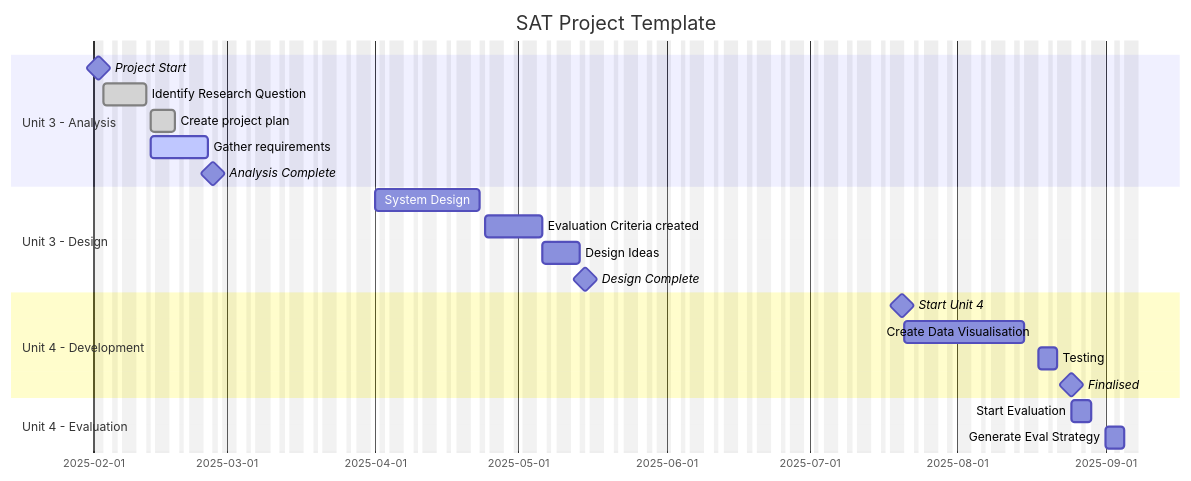
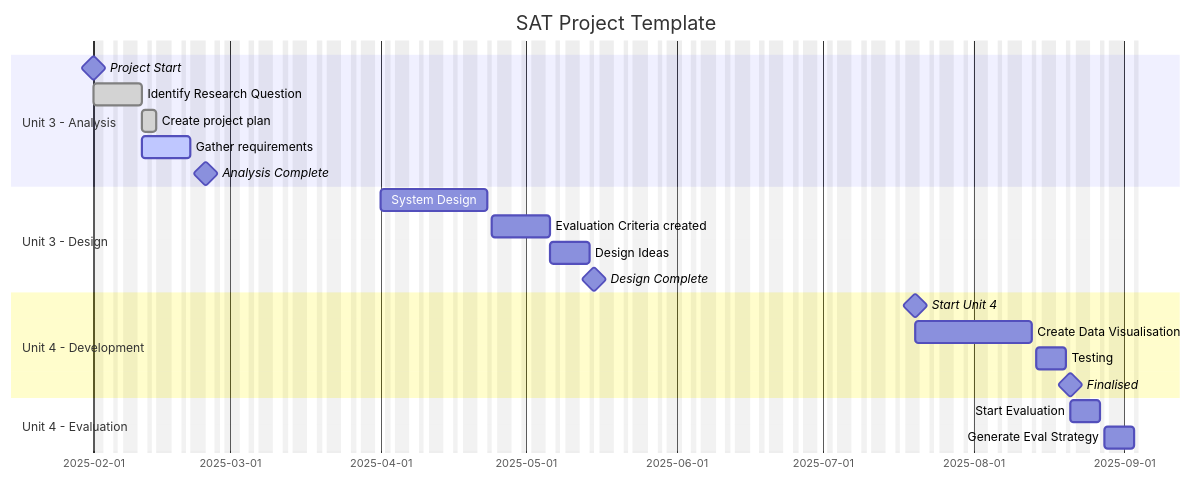
Before and after one commit to HeathmontDataAnalytics/heathmontdataanalytics.github.io: the diagram in topics/project-management.md, drawn with Mermaid. The commit also changed other lines of this file and 4 other files, not shown here.

Commit message:
Updates: Some images and Gantt changes

````diff
--- a/topics/project-management.md
+++ b/topics/project-management.md
@@ -162,29 +162,29 @@
-```mermaid
-    gantt
-    title SAT Project Template
-    dateFormat DD/MM/YYYY
-    excludes weekends, Wednesday, Friday
+<pre class="mermaid">
+gantt
+title SAT Project Template
+dateFormat DD/MM/YYYY
+excludes weekends, Wednesday, Friday
 
-    section Unit 3 - Analysis
-    Project Start               : milestone, a1, 01/02/2025, 1d
-    Identify Research Question  : done, a2, after a1,  5d
-    Create project plan         : done, a3, after a2, 2d
-    Gather requirements         : active, a4, after a2, 5d 
-    Analysis Complete           : milestone, after a3 a4, 1d
+section Unit 3 - Analysis
+Project Start : milestone, a1, 01/02/2025, 0d
+Identify Research Question : done, a2, after a1, 5d
+Create project plan : done, a3, after a2, 2d
+Gather requirements : active, a4, after a2, 5d
+Analysis Complete : milestone, a5, after a3 a4, 0d
 
-    section Unit 3 - Design
-    System Design               : d1, 01/04/2025, 10d
-    Evaluation Criteria created : d2, after d1, 5d
-    Design Ideas                : d3, after d2, 4d
-    Design Complete             : milestone,  dm, after d3, 0d
+section Unit 3 - Design
+System Design : d1, 01/04/2025, 10d
+Evaluation Criteria created : d2, after d1, 5d
+Design Ideas : d3, after d2, 4d
+Design Complete : milestone, dm, after d3, 0d
 
-    section Unit 4 - Development
-    Start Unit 4                : milestone, devstart, 20/07/2025, 1d
-    Create Data Visualisation   : dev1, after devstart, 12d
-    Testing                     : dev2, after dev1, 3d
-    Finalised                   : milestone, devm, after dev2, 0d
+section Unit 4 - Development
+Start Unit 4 : milestone, devstart, 20/07/2025, 0d
+Create Data Visualisation : dev1, after devstart, 12d
+Testing : dev2, after dev1, 3d
+Finalised : milestone, devm, after dev2, 0d
 
-    section Unit 4 - Evaluation
-    Start Evaluation            : e1, after devm, 3d
-    Generate Eval Strategy      : e2, after e1, 3d
-```
+section Unit 4 - Evaluation
+Start Evaluation : e1, after devm, 3d
+Generate Eval Strategy : e2, after e1, 3d
+</pre>
````
